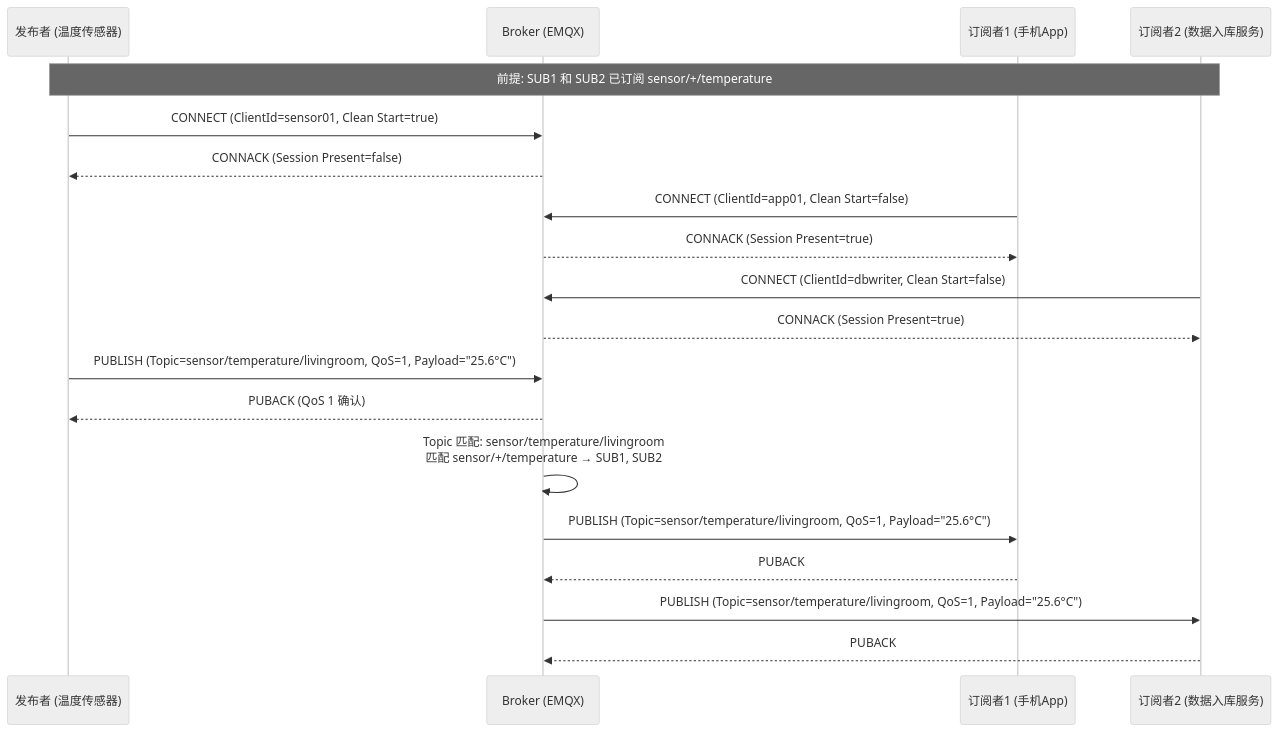
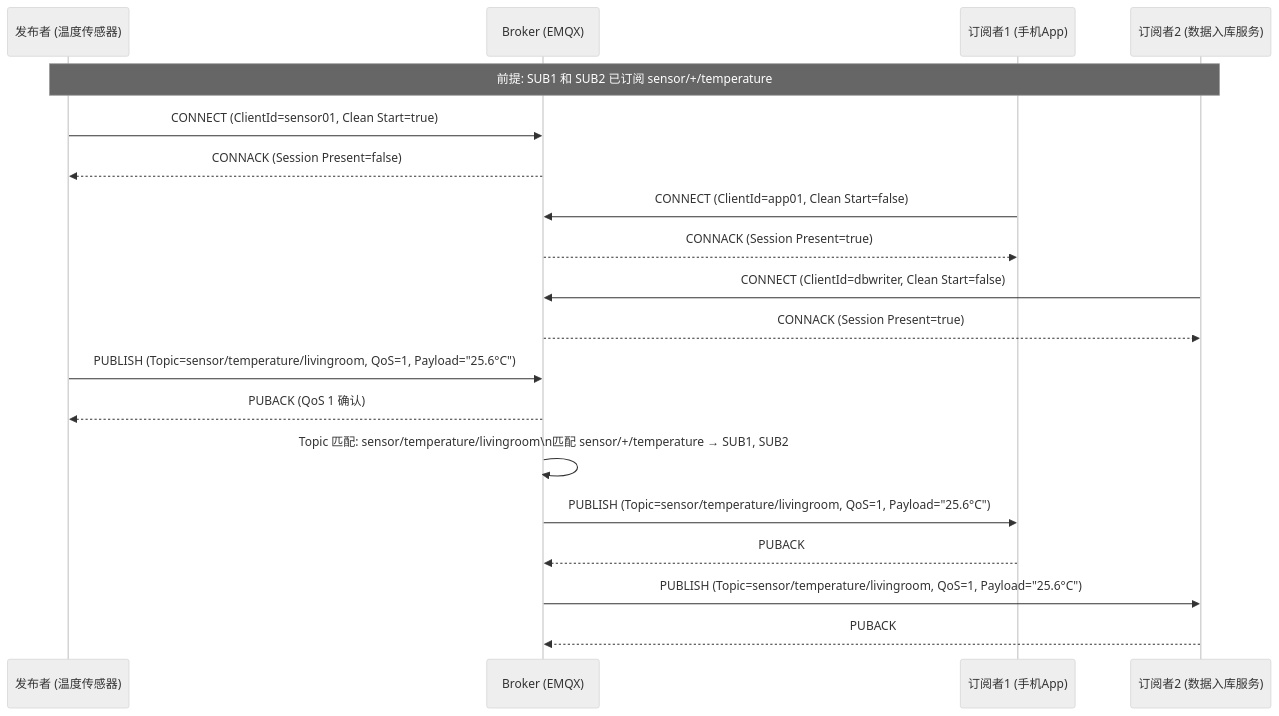
One commit to yaocat55/yaocat55.github.io changed the third of 10 diagrams in content/posts/iot/MqttFundamentals.md. Above: the diagram before and after it, drawn with Mermaid (neutral theme). The commit also changed other lines of this file and 155 other files, not shown here.

````diff
--- a/content/posts/iot/MqttFundamentals.md
+++ b/content/posts/iot/MqttFundamentals.md
@@ -178,29 +178,29 @@
 ```mermaid
 sequenceDiagram
     participant PUB as 发布者 (温度传感器)
     participant BROKER as Broker (EMQX)
     participant SUB1 as 订阅者1 (手机App)
     participant SUB2 as 订阅者2 (数据入库服务)
 
     Note over PUB,SUB2: 前提: SUB1 和 SUB2 已订阅 sensor/+/temperature
 
     PUB->>BROKER: CONNECT (ClientId=sensor01, Clean Start=true)
     BROKER-->>PUB: CONNACK (Session Present=false)
 
     SUB1->>BROKER: CONNECT (ClientId=app01, Clean Start=false)
     BROKER-->>SUB1: CONNACK (Session Present=true)
 
     SUB2->>BROKER: CONNECT (ClientId=dbwriter, Clean Start=false)
     BROKER-->>SUB2: CONNACK (Session Present=true)
 
     PUB->>BROKER: PUBLISH (Topic=sensor/temperature/livingroom, QoS=1, Payload="25.6°C")
     BROKER-->>PUB: PUBACK (QoS 1 确认)
 
-    BROKER->>BROKER: Topic 匹配: sensor/temperature/livingroom<br/>匹配 sensor/+/temperature → SUB1, SUB2
+    BROKER->>BROKER: Topic 匹配: sensor/temperature/livingroom\n匹配 sensor/+/temperature → SUB1, SUB2
 
     BROKER->>SUB1: PUBLISH (Topic=sensor/temperature/livingroom, QoS=1, Payload="25.6°C")
     SUB1-->>BROKER: PUBACK
 
     BROKER->>SUB2: PUBLISH (Topic=sensor/temperature/livingroom, QoS=1, Payload="25.6°C")
     SUB2-->>BROKER: PUBACK
 ```
````
